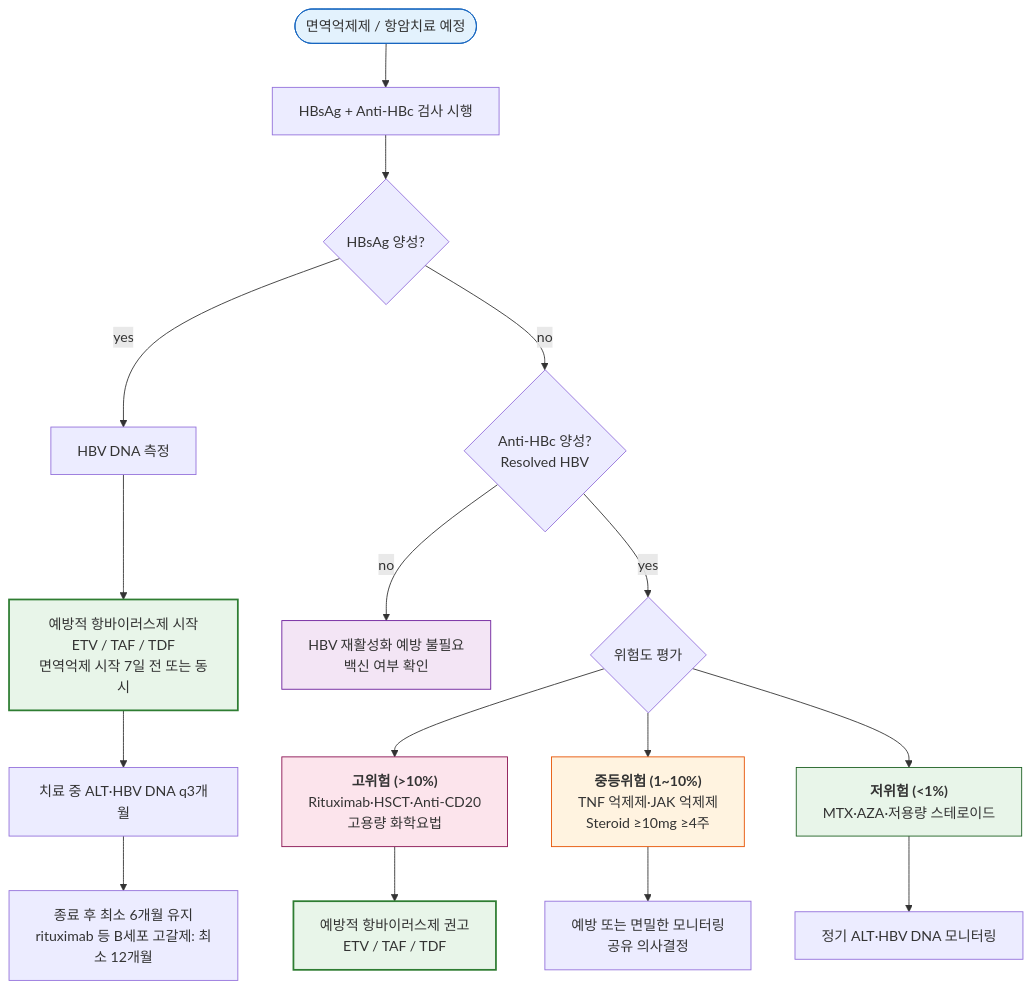
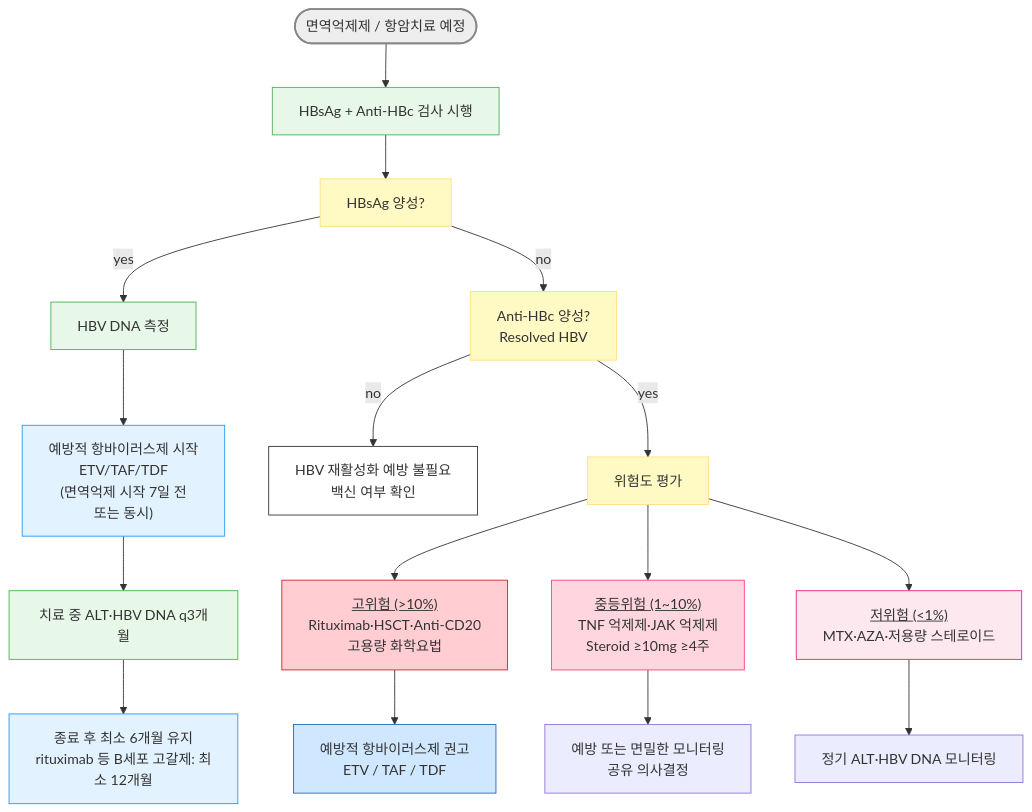
The fourth of 4 diagrams in 224_/091_b-hepatitis-b-viral-infection.md (familyoh77/familyoh77), drawn with Mermaid before and after one commit. The commit also changed other lines of this file, not shown here.

Commit message:
GITBOOK-1009: No subject

````diff
--- a/224_/091_b-hepatitis-b-viral-infection.md
+++ b/224_/091_b-hepatitis-b-viral-infection.md
@@ -520,31 +518,32 @@
 ```mermaid
 flowchart TD
     Start([면역억제제 / 항암치료 예정]) --> Screen[HBsAg + Anti-HBc 검사 시행]
-    Screen --> HBsAg{HBsAg 양성?}
-
+    Screen --> HBsAg[HBsAg 양성?]
     HBsAg -- yes --> DNA[HBV DNA 측정]
-    DNA --> ProA[예방적 항바이러스제 시작\nETV / TAF / TDF\n면역억제 시작 7일 전 또는 동시]
+    DNA --> ProA[예방적 항바이러스제 시작<br/>ETV/TAF/TDF<br/>#40;면역억제 시작 7일 전 <br/>또는 동시#41;]
     ProA --> MonA[치료 중 ALT·HBV DNA q3개월]
-    MonA --> EndA[종료 후 최소 6개월 유지\nrituximab 등 B세포 고갈제: 최소 12개월]
-
-    HBsAg -- no --> HBcAb{Anti-HBc 양성?\nResolved HBV}
-    HBcAb -- no --> Safe[HBV 재활성화 예방 불필요\n백신 여부 확인]
-
-    HBcAb -- yes --> Risk{위험도 평가}
-
-    Risk --> High["<b>고위험 (&gt;10%)</b>\nRituximab·HSCT·Anti-CD20\n고용량 화학요법"]
-    Risk --> Mod["<b>중등위험 (1~10%)</b>\nTNF 억제제·JAK 억제제\nSteroid ≥10mg ≥4주"]
-    Risk --> Low["<b>저위험 (&lt;1%)</b>\nMTX·AZA·저용량 스테로이드"]
-
-    High --> ProB[예방적 항바이러스제 권고\nETV / TAF / TDF]
-    Mod --> MonB[예방 또는 면밀한 모니터링\n공유 의사결정]
+    MonA --> EndA[종료 후 최소 6개월 유지<br/>rituximab 등 B세포 고갈제: 최소 12개월]
+    HBsAg -- no --> HBcAb[Anti-HBc 양성?<br/>Resolved HBV]
+    HBcAb -- no --> Safe[HBV 재활성화 예방 불필요<br/>백신 여부 확인]
+    HBcAb -- yes --> Risk[위험도 평가]
+    Risk --> High["<u>고위험 (>10%)</u><br/>Rituximab·HSCT·Anti-CD20<br/>고용량 화학요법"]
+    Risk --> Mod["<u>중등위험 (1~10%)</u><br/>TNF 억제제·JAK 억제제<br/>Steroid ≥10mg ≥4주"]
+    Risk --> Low["<u>저위험 (<1%)</u><br/>MTX·AZA·저용량 스테로이드"]
+    High --> ProB[예방적 항바이러스제 권고<br/>ETV / TAF / TDF]
+    Mod --> MonB[예방 또는 면밀한 모니터링<br/>공유 의사결정]
     Low --> MonC[정기 ALT·HBV DNA 모니터링]
 
-    style Start fill:#e3f2fd,stroke:#1565c0
-    style ProA fill:#e8f5e9,stroke:#2e7d32,stroke-width:2px
-    style ProB fill:#e8f5e9,stroke:#2e7d32,stroke-width:2px
-    style Safe fill:#f3e5f5,stroke:#6a1b9a
-    style High fill:#fce4ec,stroke:#880e4f
-    style Mod fill:#fff3e0,stroke:#e65100
-    style Low fill:#e8f5e9,stroke:#1b5e20
+style Start fill:#eeeeee,stroke:#888888,stroke-width:2px
+classDef lightGreen fill:#e8f8e8,stroke:#4caf50
+class Screen,DNA,MonA lightGreen
+classDef yellow fill:#fff9c4,stroke:#ffe082
+class HBsAg,HBcAb,Risk yellow
+style High fill:#ffcdd2,stroke:#c62828
+style Mod fill:#ffd6e0,stroke:#ff4081
+style Low fill:#fde8f0,stroke:#e91e8c
+classDef blue fill:#d0e8ff,stroke:#1a6abf
+class ProB blue
+style Safe fill:#fff,stroke:#333
+classDef sky fill:#e3f2ff,stroke:#2196f3
+class EndA,ProA sky
 ```
````
